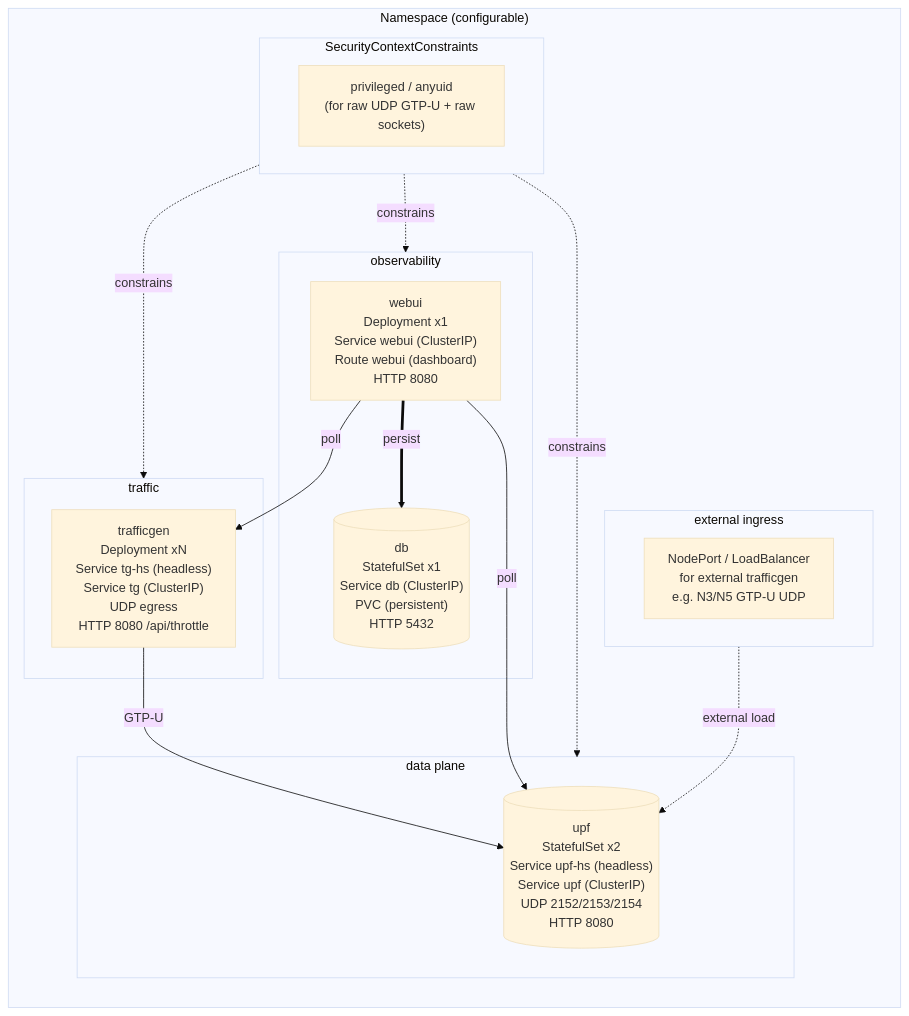
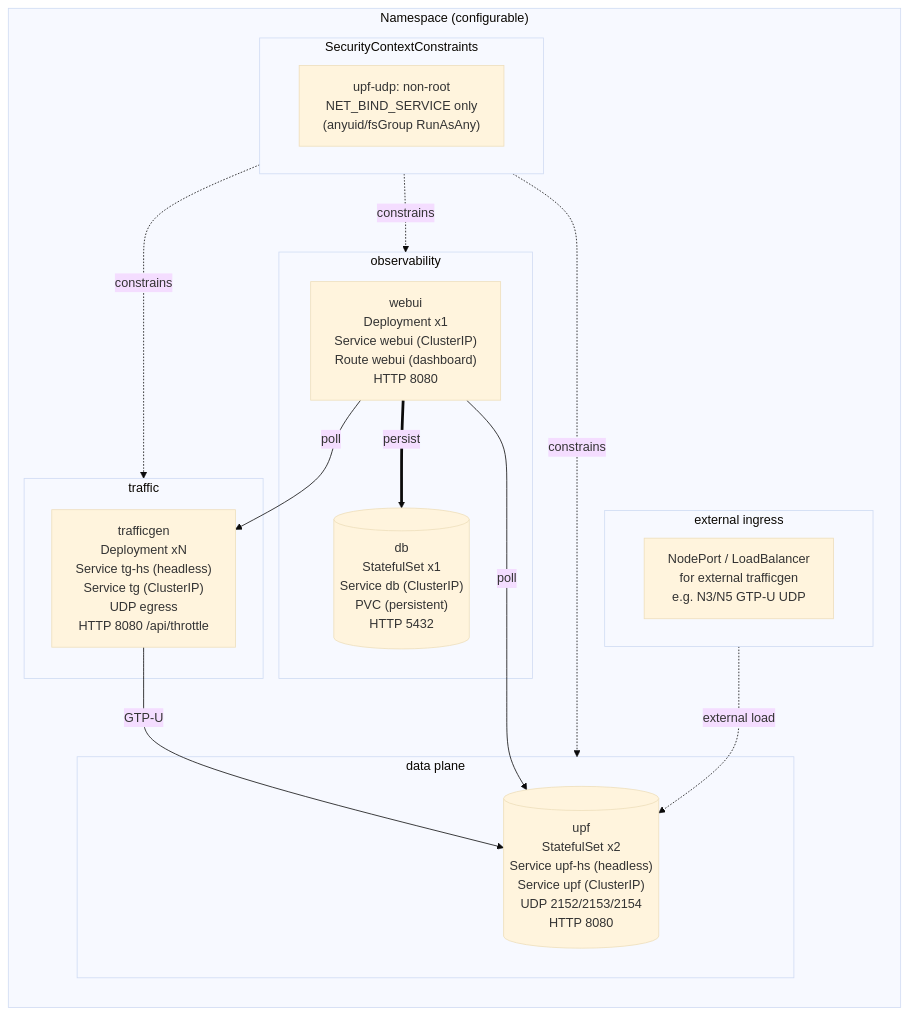
One commit to midu16/telco-upf-gen changed diagram 11 of 12 in docs/architecture.md. Above: the diagram before and after it, drawn with Mermaid (base theme). The commit also changed other lines of this file and 5 other files, not shown here.

````diff
--- a/docs/architecture.md
+++ b/docs/architecture.md
@@ -690,34 +690,34 @@
 ```mermaid
 flowchart TB
   subgraph NS["Namespace (configurable)"]
     direction TB
 
     subgraph SCC["SecurityContextConstraints"]
-      SCC1["privileged / anyuid\n(for raw UDP GTP-U + raw sockets)"]
+      SCC1["upf-udp: non-root\nNET_BIND_SERVICE only\n(anyuid/fsGroup RunAsAny)"]
     end
 
     subgraph DATA["data plane"]
       STS[("upf\nStatefulSet x2\nService upf-hs (headless)\nService upf (ClusterIP)\nUDP 2152/2153/2154\nHTTP 8080")]
     end
 
     subgraph GEN["traffic"]
       DEP1["trafficgen\nDeployment xN\nService tg-hs (headless)\nService tg (ClusterIP)\nUDP egress\nHTTP 8080 /api/throttle"]
     end
 
     subgraph OBS["observability"]
       DEP2["webui\nDeployment x1\nService webui (ClusterIP)\nRoute webui (dashboard)\nHTTP 8080"]
       STSDB[("db\nStatefulSet x1\nService db (ClusterIP)\nPVC (persistent)\nHTTP 5432")]
     end
 
     subgraph EXT["external ingress"]
       LB["NodePort / LoadBalancer\nfor external trafficgen\ne.g. N3/N5 GTP-U UDP"]
     end
   end
 
   SCC -. constrains .-> DATA & GEN & OBS
   DEP1 -- GTP-U --> STS
   DEP2 -- poll --> STS
   DEP2 -- poll --> DEP1
   DEP2 == "persist" ==> STSDB
   EXT -. external load .-> STS
 ```
````
